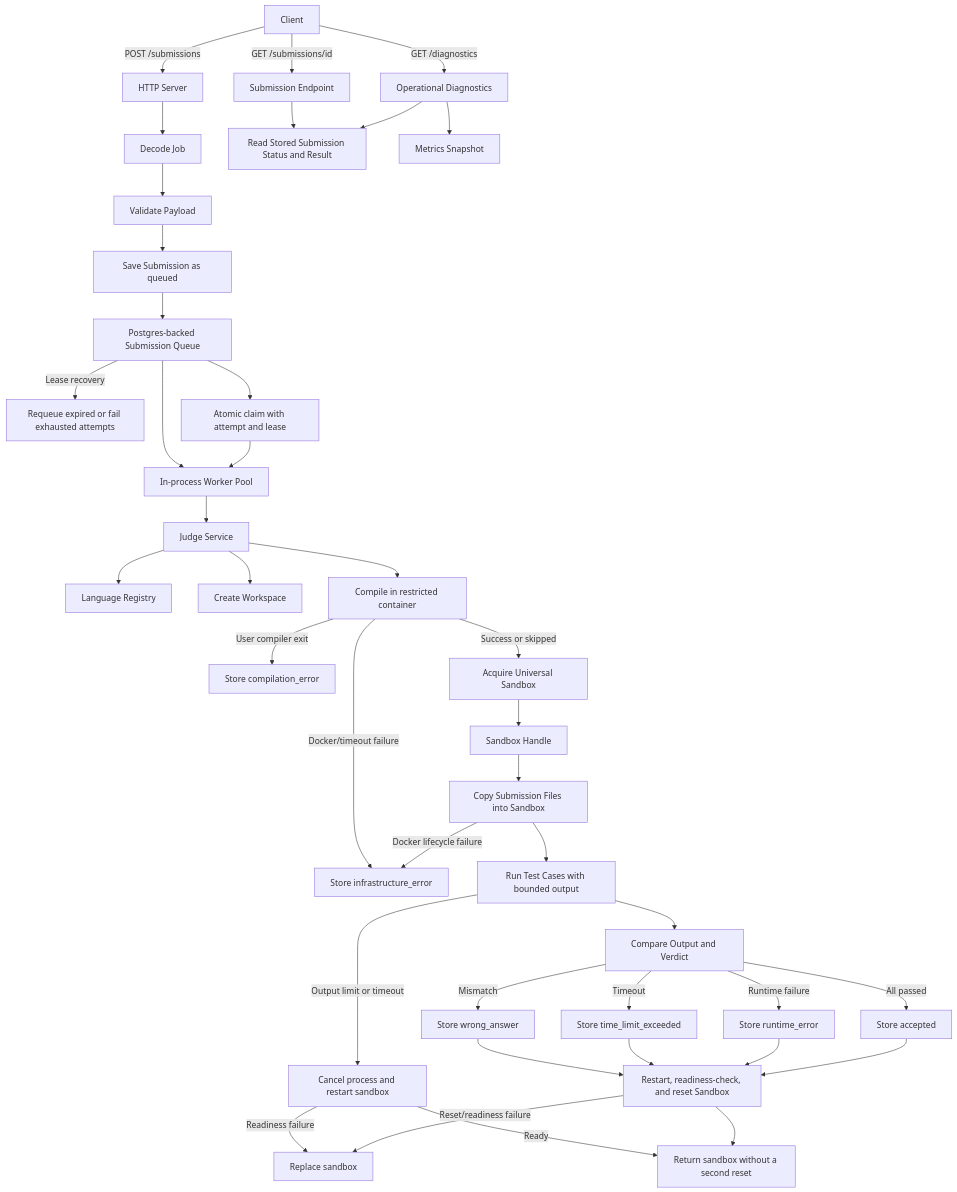
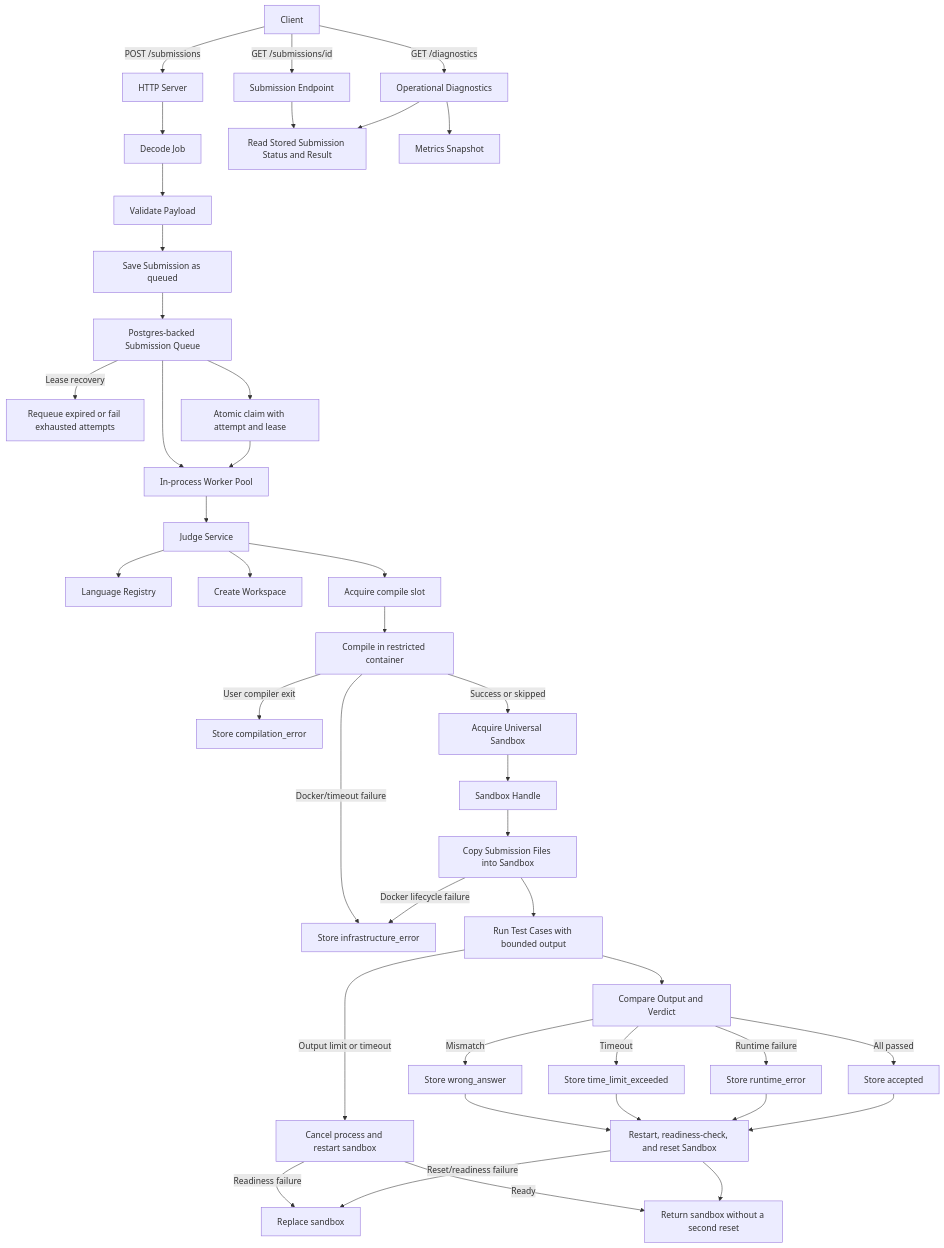
The first of 2 diagrams in architecture.md (PixelsBH/YexJudge), drawn with Mermaid before and after one commit. The commit also changed other lines of this file and 12 other files, not shown here.

````diff
--- a/architecture.md
+++ b/architecture.md
@@ -40,42 +40,43 @@
 ```mermaid
 flowchart TD
     Client[Client] -->|POST /submissions| Server[HTTP Server]
     Server --> Decode[Decode Job]
     Decode --> Validate[Validate Payload]
     Validate --> Store[Save Submission as queued]
     Store --> Queue[Postgres-backed Submission Queue]
     Queue --> Worker[In-process Worker Pool]
     Queue -->|Lease recovery| Recovery[Requeue expired or fail exhausted attempts]
     Queue --> Claim[Atomic claim with attempt and lease]
     Claim --> Worker
     Worker --> Service[Judge Service]
     Service --> Registry[Language Registry]
     Service --> Workspace[Create Workspace]
-    Service --> Compile[Compile in restricted container]
+    Service --> CompileSlots[Acquire compile slot]
+    CompileSlots --> Compile[Compile in restricted container]
     Compile -->|User compiler exit| CE[Store compilation_error]
     Compile -->|Docker/timeout failure| IE[Store infrastructure_error]
     Compile -->|Success or skipped| Acquire[Acquire Universal Sandbox]
     Acquire --> Sandbox[Sandbox Handle]
     Sandbox --> Stage[Copy Submission Files into Sandbox]
     Stage -->|Docker lifecycle failure| IE
     Stage --> Execute[Run Test Cases with bounded output]
     Execute --> Compare[Compare Output and Verdict]
     Compare -->|Mismatch| WA[Store wrong_answer]
     Compare -->|Timeout| TLE[Store time_limit_exceeded]
     Compare -->|Runtime failure| RE[Store runtime_error]
     Compare -->|All passed| AC[Store accepted]
     WA --> Reset
     TLE --> Reset
     RE --> Reset
     Execute -->|Output limit or timeout| Restart[Cancel process and restart sandbox]
     Restart -->|Readiness failure| Replace[Replace sandbox]
     Restart -->|Ready| Release[Return sandbox without a second reset]
     AC --> Reset[Restart, readiness-check, and reset Sandbox]
     Reset -->|Reset/readiness failure| Replace
     Reset --> Release
     Client -->|GET /submissions/id| Fetch[Submission Endpoint]
     Fetch --> StoreLookup[Read Stored Submission Status and Result]
     Client -->|GET /diagnostics| Diagnostics[Operational Diagnostics]
     Diagnostics --> StoreLookup
     Diagnostics --> Metrics[Metrics Snapshot]
 ```
````
